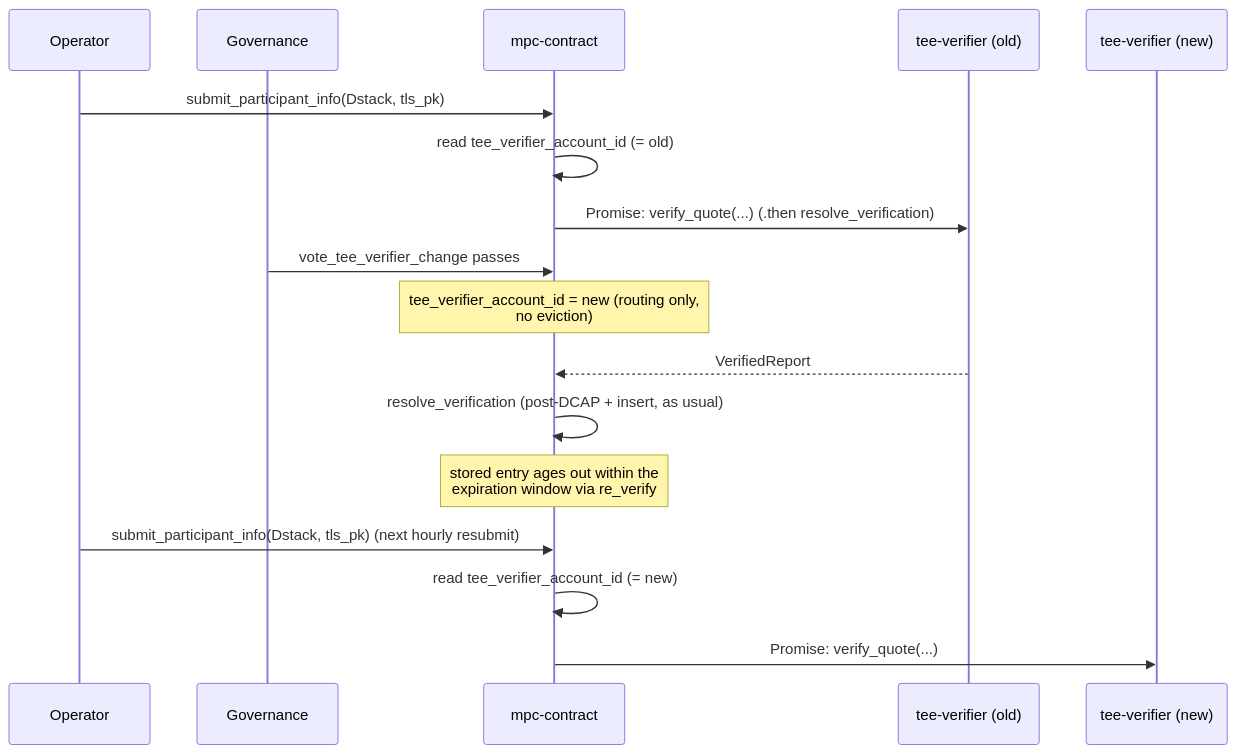
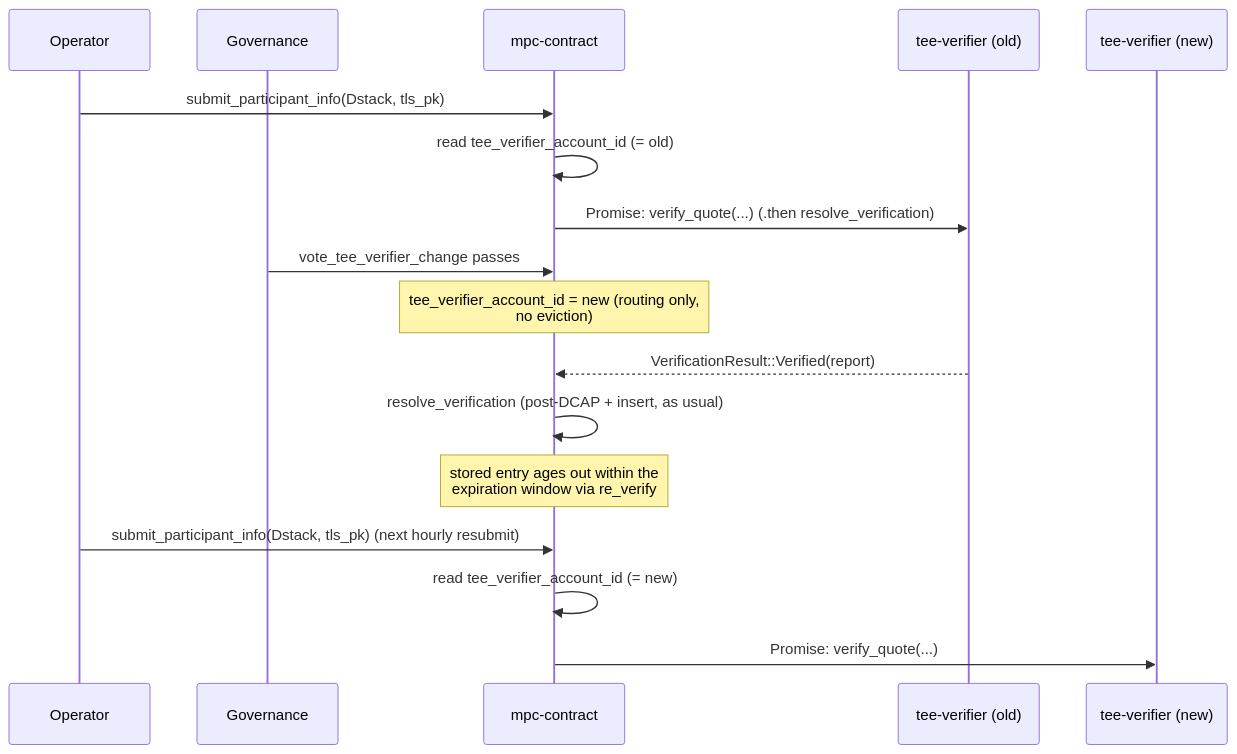
Before and after one commit to near/mpc: the sixth of 6 diagrams in docs/design/attestation-verifier-contract.md, drawn with Mermaid. The commit also changed other lines of this file and 1 other file, not shown here.

First line of the commit message:
feat(tee-verifier-interface): add VerifierError and VerificationResult

````diff
--- a/docs/design/attestation-verifier-contract.md
+++ b/docs/design/attestation-verifier-contract.md
@@ -338,23 +358,23 @@
 ```mermaid
 sequenceDiagram
     participant Op as Operator
     participant Gov as Governance
     participant MPC as mpc-contract
     participant VerOld as tee-verifier (old)
     participant VerNew as tee-verifier (new)
 
     Op->>MPC: submit_participant_info(Dstack, tls_pk)
     MPC->>MPC: read tee_verifier_account_id (= old)
     MPC->>VerOld: Promise: verify_quote(...) (.then resolve_verification)
 
     Gov->>MPC: vote_tee_verifier_change passes
     Note over MPC: tee_verifier_account_id = new (routing only,<br/>no eviction)
 
-    VerOld-->>MPC: VerifiedReport
+    VerOld-->>MPC: VerificationResult::Verified(report)
     MPC->>MPC: resolve_verification (post-DCAP + insert, as usual)
     Note over MPC: stored entry ages out within the<br/>expiration window via re_verify
 
     Op->>MPC: submit_participant_info(Dstack, tls_pk) (next hourly resubmit)
     MPC->>MPC: read tee_verifier_account_id (= new)
     MPC->>VerNew: Promise: verify_quote(...)
 ```
````
